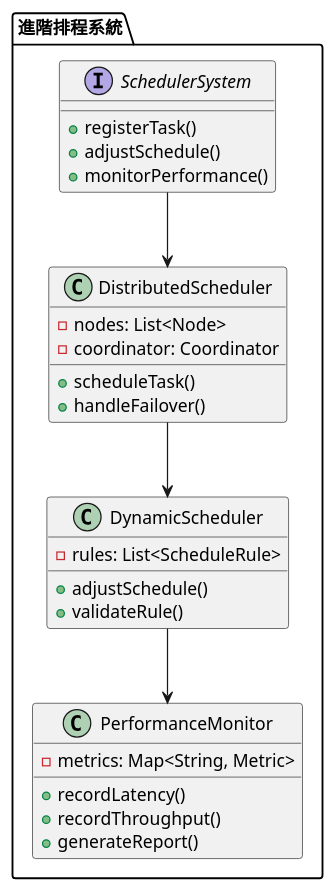
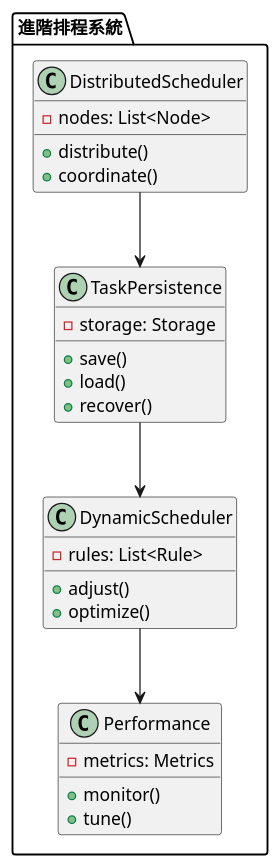
Before and after one commit to fine5351/info-sync: the third of 3 diagrams in doc/learning/lib/spring_scheduler_tutorial.md, drawn with PlantUML. The commit also changed other lines of this file and 4 other files, not shown here.

````diff
--- a/doc/learning/lib/spring_scheduler_tutorial.md
+++ b/doc/learning/lib/spring_scheduler_tutorial.md
@@ -212,35 +221,34 @@
 ```plantuml
 @startuml
 package "進階排程系統" {
-    interface SchedulerSystem {
-        + registerTask()
-        + adjustSchedule()
-        + monitorPerformance()
+    class DistributedScheduler {
+        - nodes: List<Node>
+        + distribute()
+        + coordinate()
     }
     
-    class DistributedScheduler {
-        - nodes: List<Node>
-        - coordinator: Coordinator
-        + scheduleTask()
-        + handleFailover()
+    class TaskPersistence {
+        - storage: Storage
+        + save()
+        + load()
+        + recover()
     }
     
     class DynamicScheduler {
-        - rules: List<ScheduleRule>
-        + adjustSchedule()
-        + validateRule()
+        - rules: List<Rule>
+        + adjust()
+        + optimize()
     }
     
-    class PerformanceMonitor {
-        - metrics: Map<String, Metric>
-        + recordLatency()
-        + recordThroughput()
-        + generateReport()
+    class Performance {
+        - metrics: Metrics
+        + monitor()
+        + tune()
     }
 }
 
-SchedulerSystem --> DistributedScheduler
-DistributedScheduler --> DynamicScheduler
-DynamicScheduler --> PerformanceMonitor
+DistributedScheduler --> TaskPersistence
+TaskPersistence --> DynamicScheduler
+DynamicScheduler --> Performance
 @enduml
 ```
````
